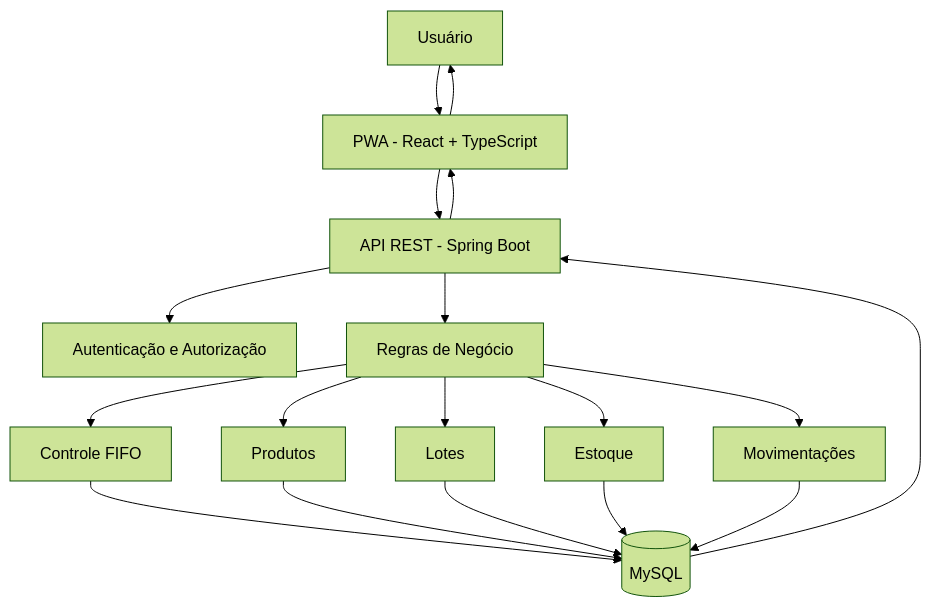
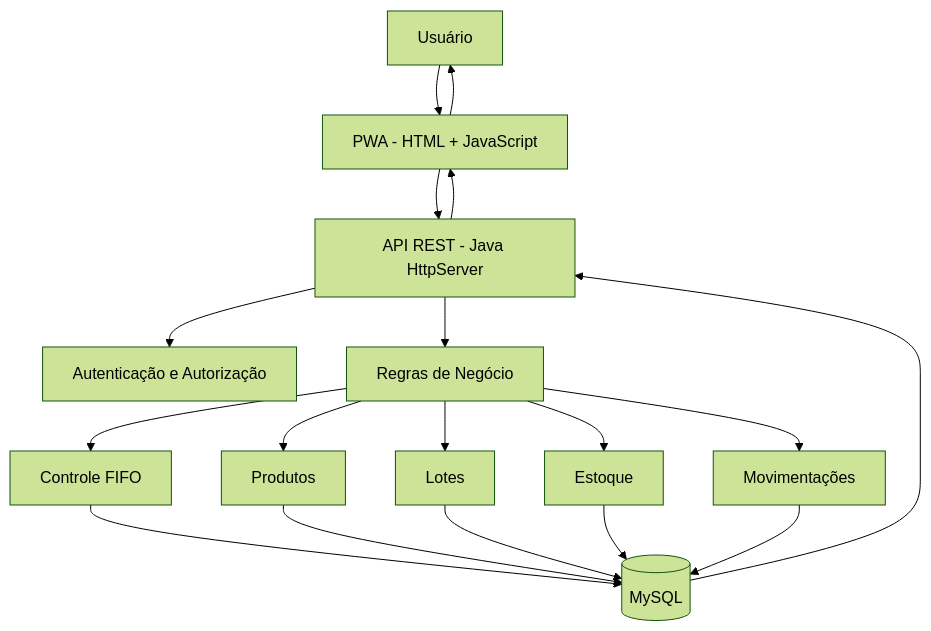
The diagram in READ.ME/README.md (ferdinando-rainert/PWA-WEB-para-Controle-Descentralizado-de-Estoque-FIFO), drawn with Mermaid (forest theme) before and after one commit. The commit also changed other lines of this file and 15 other files, not shown here.

````diff
--- a/READ.ME/README.md
+++ b/READ.ME/README.md
@@ -215,26 +212,26 @@
 ```mermaid
 flowchart TD
-    A[Usuário] --> B[PWA - React + TypeScript]
+    A[Usuário] --> B[PWA - HTML + JavaScript]
 
-    B --> C[API REST - Spring Boot]
+    B --> C[API REST - Java HttpServer]
 
     C --> D[Autenticação e Autorização]
 
     C --> E[Regras de Negócio]
 
     E --> F[Controle FIFO]
     E --> G[Produtos]
     E --> H[Lotes]
     E --> I[Estoque]
     E --> J[Movimentações]
 
     F --> K[(MySQL)]
     G --> K
     H --> K
     I --> K
     J --> K
 
     K --> C
     C --> B
     B --> A
 ```
````
